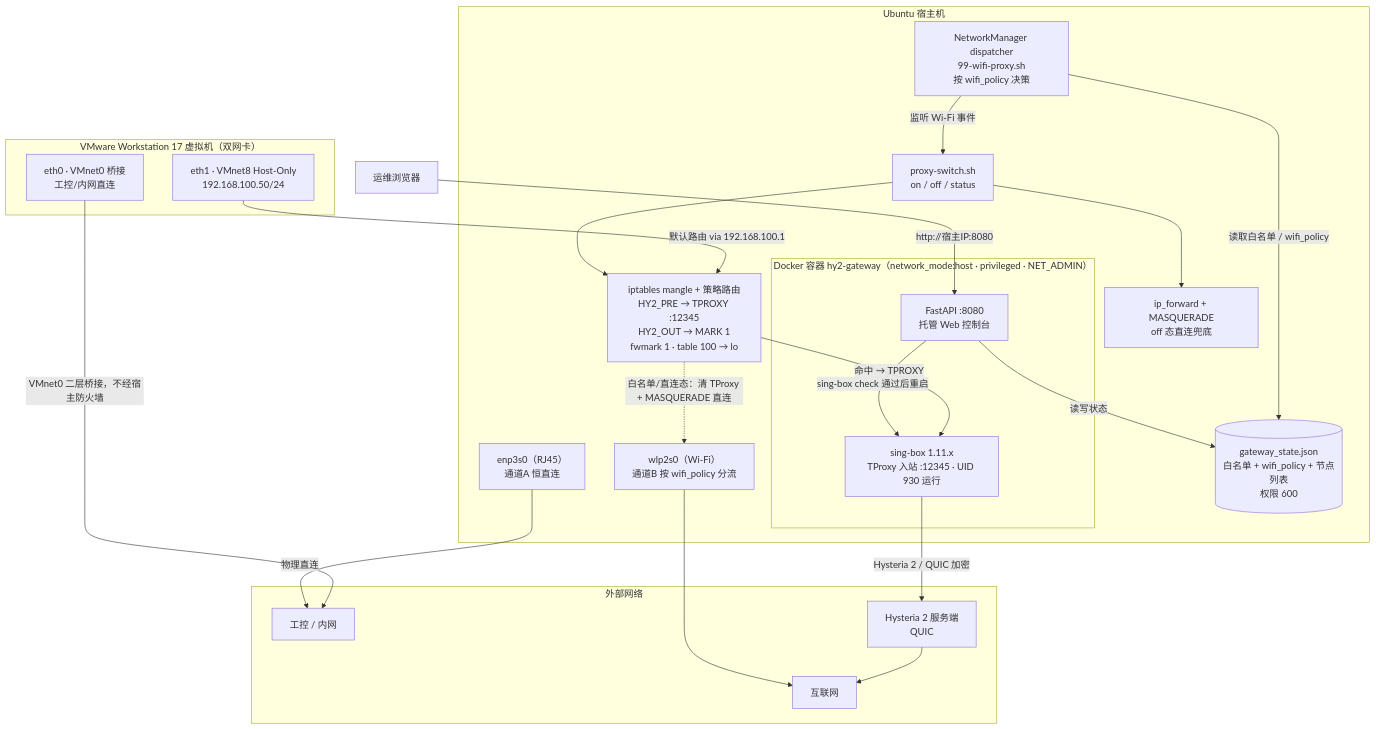
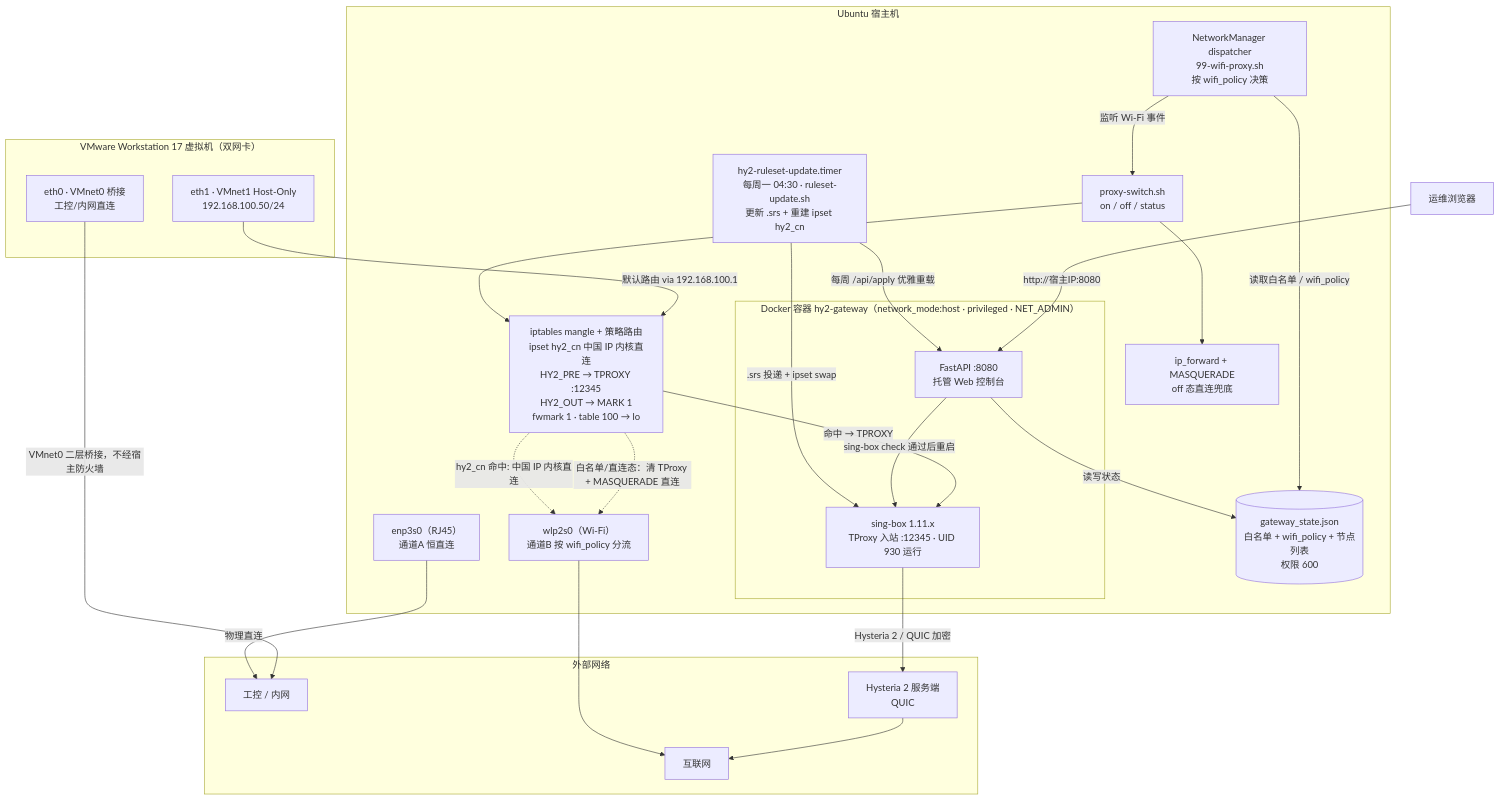
Before and after one commit to Roarpeng/smart-hy2-gateway: the diagram in README.md, drawn with Mermaid. The commit also changed other lines of this file and 15 other files, not shown here.

````diff
--- a/README.md
+++ b/README.md
@@ -20,48 +20,52 @@
 ```mermaid
 flowchart TB
     subgraph VM["VMware Workstation 17 虚拟机（双网卡）"]
         ETH0["eth0 · VMnet0 桥接<br/>工控/内网直连"]
-        ETH1["eth1 · VMnet8 Host-Only<br/>192.168.100.50/24"]
+        ETH1["eth1 · VMnet1 Host-Only<br/>192.168.100.50/24"]
     end
 
     subgraph HOST["Ubuntu 宿主机"]
         ENP["enp3s0（RJ45）<br/>通道A 恒直连"]
         WLP["wlp2s0（Wi-Fi）<br/>通道B 按 wifi_policy 分流"]
 
         NM["NetworkManager dispatcher<br/>99-wifi-proxy.sh<br/>按 wifi_policy 决策"]
         PS["proxy-switch.sh<br/>on / off / status"]
-        RULES["iptables mangle + 策略路由<br/>HY2_PRE → TPROXY :12345<br/>HY2_OUT → MARK 1<br/>fwmark 1 · table 100 → lo"]
+        RULES["iptables mangle + 策略路由<br/>ipset hy2_cn 中国 IP 内核直连<br/>HY2_PRE → TPROXY :12345<br/>HY2_OUT → MARK 1<br/>fwmark 1 · table 100 → lo"]
         MASQ["ip_forward + MASQUERADE<br/>off 态直连兜底"]
 
         subgraph DOCKER["Docker 容器 hy2-gateway（network_mode:host · privileged · NET_ADMIN）"]
             SB["sing-box 1.11.x<br/>TProxy 入站 :12345 · UID 930 运行"]
             API["FastAPI :8080<br/>托管 Web 控制台"]
         end
 
         STATE[("gateway_state.json<br/>白名单 + wifi_policy + 节点列表<br/>权限 600")]
+        TIMER["hy2-ruleset-update.timer<br/>每周一 04:30 · ruleset-update.sh<br/>更新 .srs + 重建 ipset hy2_cn"]
     end
 
     subgraph OUT["外部网络"]
         LAN["工控 / 内网"]
         NODE["Hysteria 2 服务端<br/>QUIC"]
         INET["互联网"]
     end
 
     BROWSER["运维浏览器"]
 
     ETH0 -->|"VMnet0 二层桥接，不经宿主防火墙"| LAN
     ENP -->|"物理直连"| LAN
     ETH1 -->|"默认路由 via 192.168.100.1"| RULES
     NM -->|"监听 Wi-Fi 事件"| PS
     NM -->|"读取白名单 / wifi_policy"| STATE
     PS --> RULES
     PS --> MASQ
     RULES -->|"命中 → TPROXY"| SB
     SB -->|"Hysteria 2 / QUIC 加密"| NODE
     NODE --> INET
     RULES -.->|"白名单/直连态：清 TProxy + MASQUERADE 直连"| WLP
     WLP --> INET
     BROWSER -->|"http://宿主IP:8080"| API
     API -->|"读写状态"| STATE
     API -->|"sing-box check 通过后重启"| SB
+    TIMER -->|".srs 投递 + ipset swap"| SB
+    TIMER -->|"每周 /api/apply 优雅重载"| API
+    RULES -.->|"hy2_cn 命中: 中国 IP 内核直连"| WLP
 ```
````
